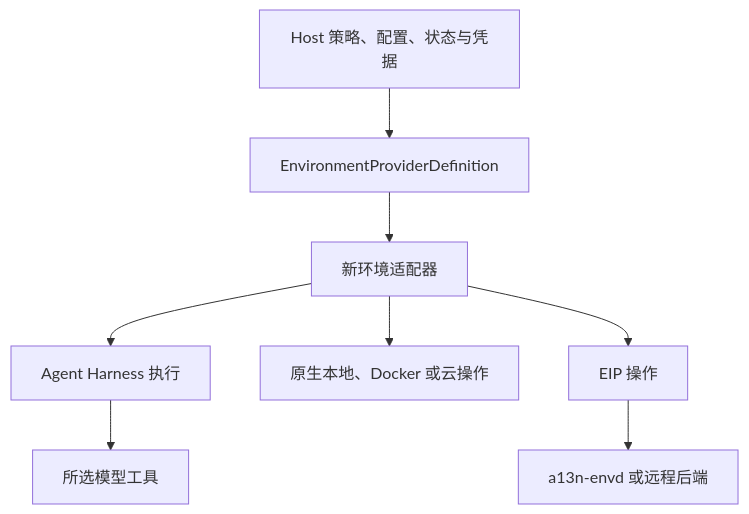
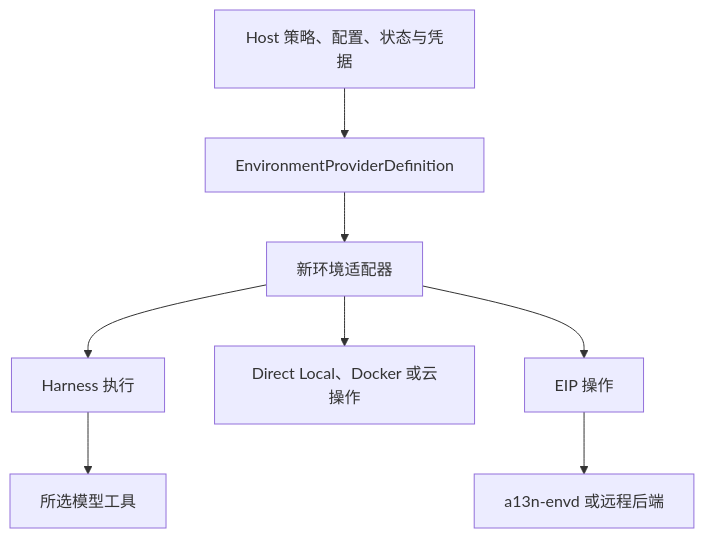
Before and after one commit to converge-ai-labs/agent-foundation: the diagram in docs/environments/index.zh-CN.md, drawn with Mermaid. The commit also changed other lines of this file and 199 other files, not shown here.

````diff
--- a/docs/environments/index.zh-CN.md
+++ b/docs/environments/index.zh-CN.md
@@ -57,14 +57,14 @@
 ```mermaid
 flowchart TB
     Host[Host 策略、配置、状态与凭据] --> Definition[EnvironmentProviderDefinition]
     Definition --> Environment[新环境适配器]
-    Environment --> Harness[Agent Harness 执行]
+    Environment --> Harness[Harness 执行]
     Harness --> Tools[所选模型工具]
-    Environment --> Direct[原生本地、Docker 或云操作]
+    Environment --> Direct[Direct Local、Docker 或云操作]
     Environment --> EIP[EIP 操作]
     EIP --> Envd[a13n-envd 或远程后端]
 
     class Host app
     class Definition,Environment,Harness,Envd a13n
     class Direct ext
 ```
````
